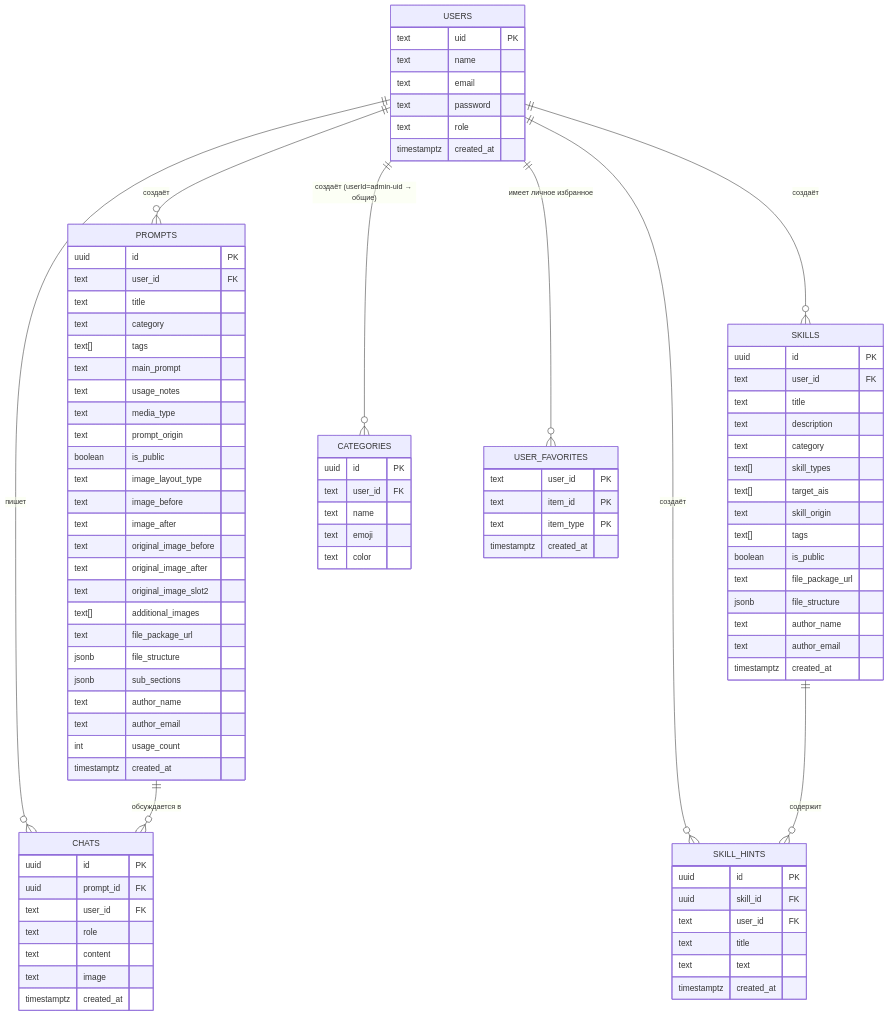
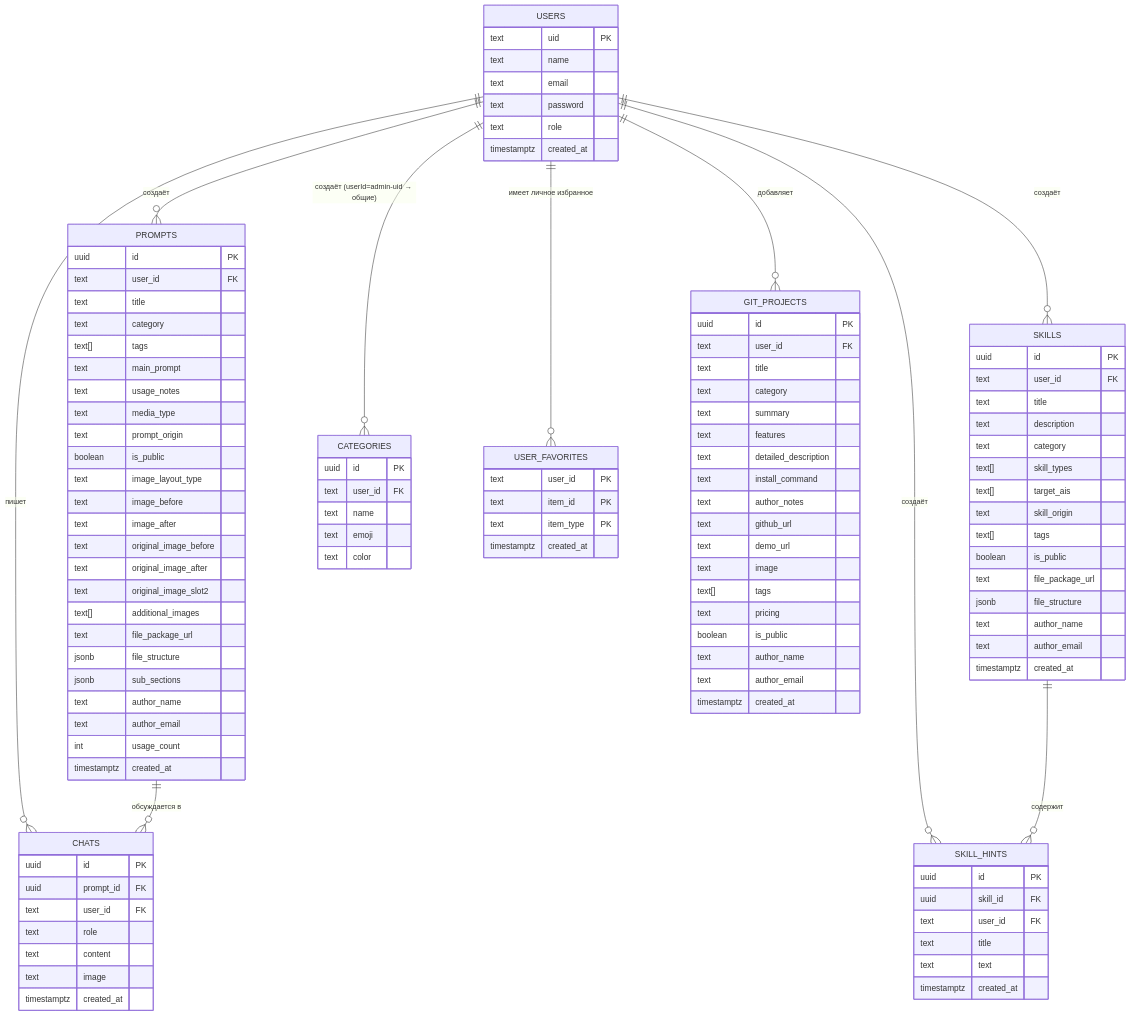
Before and after one commit to evergardenforwork-ui/promptvault: the diagram in Agent/MD_files/DATABASE.md, drawn with Mermaid. The commit also changed other lines of this file and 26 other files, not shown here.

Commit message:
feat(git-hub): implement Git Projects section with Gemini 3.1 parser, decompose components and sync docs

````diff
--- a/Agent/MD_files/DATABASE.md
+++ b/Agent/MD_files/DATABASE.md
@@ -117,12 +118,34 @@
         timestamptz created_at
     }
 
+    GIT_PROJECTS {
+        uuid id PK
+        text user_id FK
+        text title
+        text category
+        text summary
+        text features
+        text detailed_description
+        text install_command
+        text author_notes
+        text github_url
+        text demo_url
+        text image
+        text[] tags
+        text pricing
+        boolean is_public
+        text author_name
+        text author_email
+        timestamptz created_at
+    }
+
     USERS ||--o{ PROMPTS : "создаёт"
     USERS ||--o{ SKILLS : "создаёт"
     USERS ||--o{ CATEGORIES : "создаёт (userId=admin-uid → общие)"
     USERS ||--o{ CHATS : "пишет"
     USERS ||--o{ USER_FAVORITES : "имеет личное избранное"
     USERS ||--o{ SKILL_HINTS : "создаёт"
+    USERS ||--o{ GIT_PROJECTS : "добавляет"
     PROMPTS ||--o{ CHATS : "обсуждается в"
     SKILLS ||--o{ SKILL_HINTS : "содержит"
 ```
````
